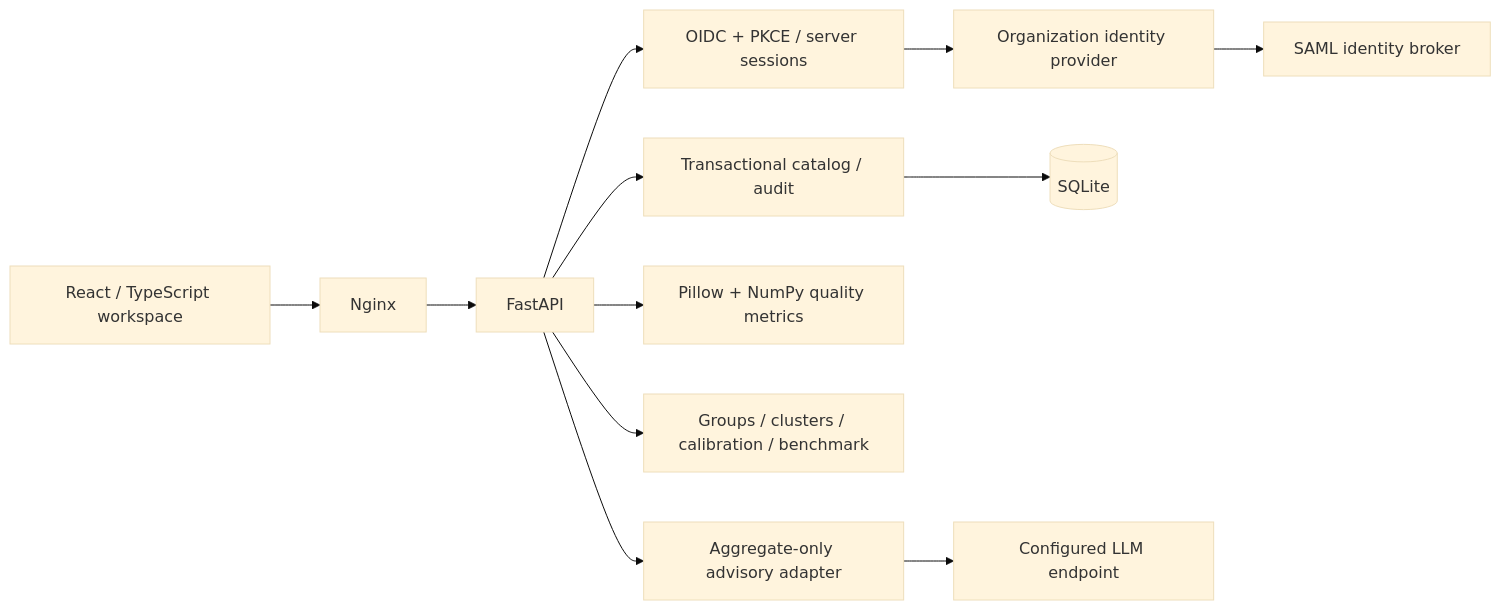
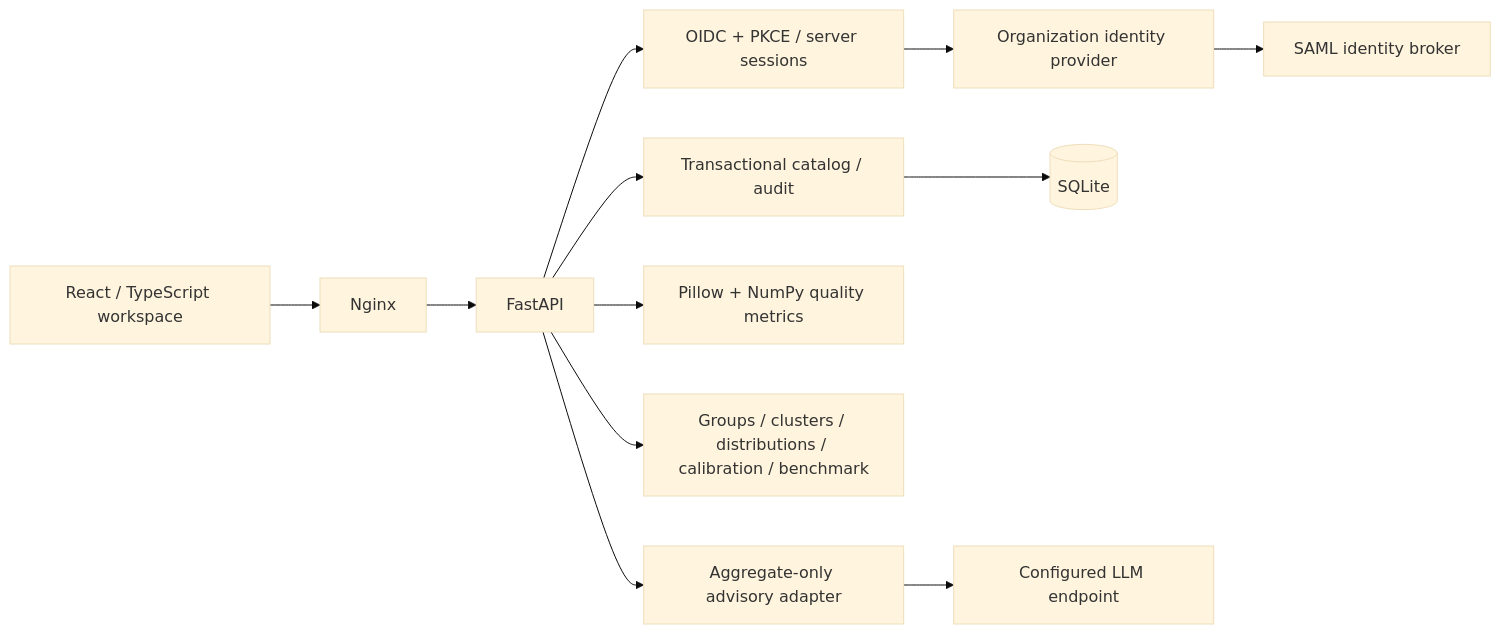
Before and after one commit to A220man/image-quality-observatory-ryan-vo: the diagram in README.md, drawn with Mermaid (base theme). The commit also changed other lines of this file and 14 other files, not shown here.

````diff
--- a/README.md
+++ b/README.md
@@ -18,14 +22,14 @@
 ```mermaid
 flowchart LR
   Browser[React / TypeScript workspace] --> Web[Nginx]
   Web --> API[FastAPI]
   API --> Auth[OIDC + PKCE / server sessions]
   Auth --> IdP[Organization identity provider]
   IdP --> SAML[SAML identity broker]
   API --> Catalog[Transactional catalog / audit]
   Catalog --> DB[(SQLite)]
   API --> Metrics[Pillow + NumPy quality metrics]
-  API --> Analysis[Groups / clusters / calibration / benchmark]
+  API --> Analysis[Groups / clusters / distributions / calibration / benchmark]
   API --> Advice[Aggregate-only advisory adapter]
   Advice --> Provider[Configured LLM endpoint]
 ```
````
